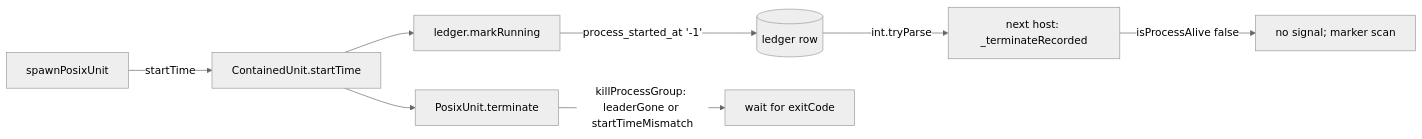
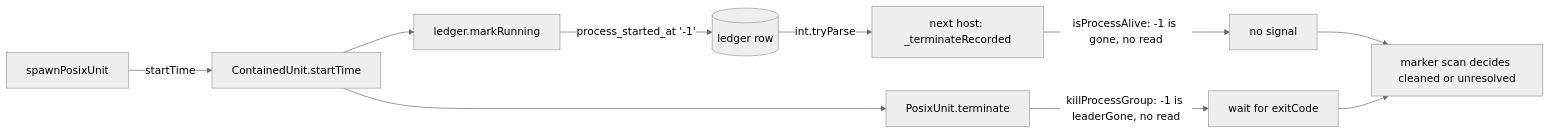
Before and after one commit to sh1ny/kumiko: the second of 2 diagrams in openspec/changes/fix-spawn-exit-race/design.md, drawn with Mermaid (neutral theme). The commit also changed other lines of this file and 3 other files, not shown here.

````diff
--- a/openspec/changes/fix-spawn-exit-race/design.md
+++ b/openspec/changes/fix-spawn-exit-race/design.md
@@ -118,10 +152,12 @@
 ```mermaid
 flowchart LR
     spawn[spawnPosixUnit] -->|startTime| unit[ContainedUnit.startTime]
     unit --> mark[ledger.markRunning]
     mark -->|"process_started_at '-1'"| row[(ledger row)]
     row -->|int.tryParse| reconcile[next host: _terminateRecorded]
-    reconcile -->|isProcessAlive false| skip[no signal; marker scan]
+    reconcile -->|isProcessAlive: -1 is gone, no read| skip[no signal]
     unit --> term[PosixUnit.terminate]
-    term -->|killProcessGroup: leaderGone or startTimeMismatch| wait[wait for exitCode]
+    term -->|killProcessGroup: -1 is leaderGone, no read| wait[wait for exitCode]
+    skip --> scan[marker scan decides cleaned or unresolved]
+    wait --> scan
 ```
````
